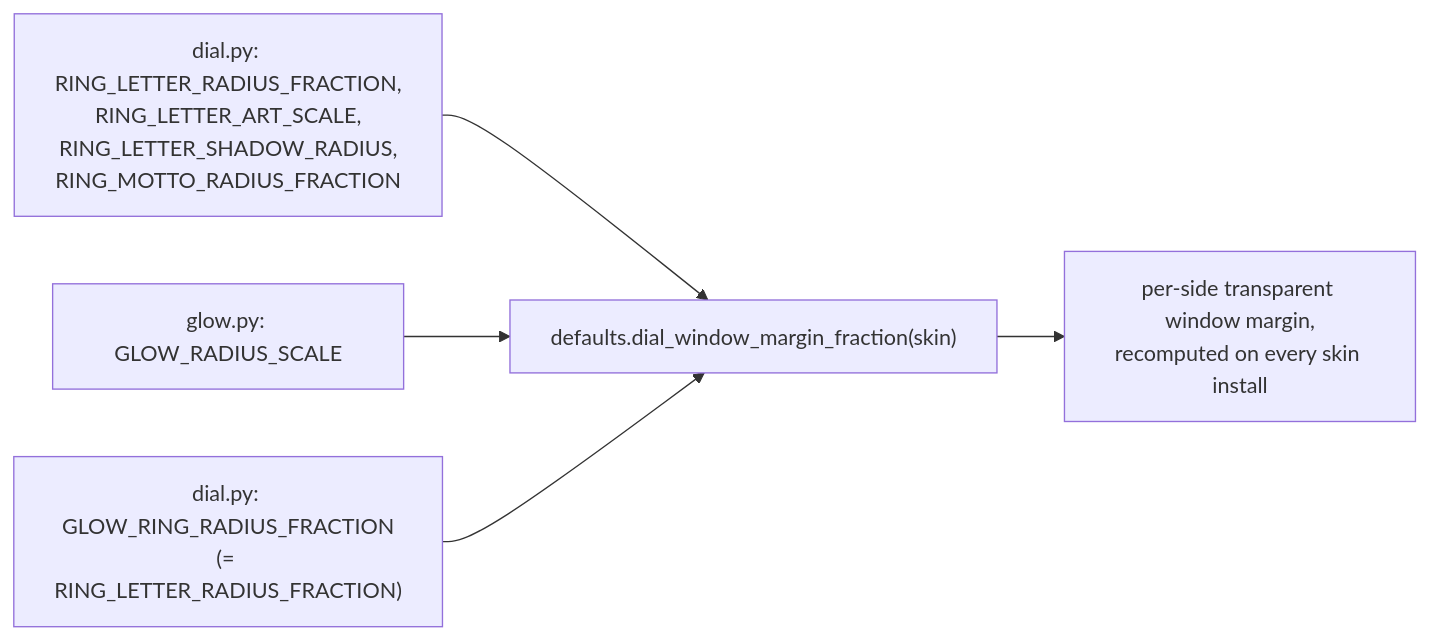
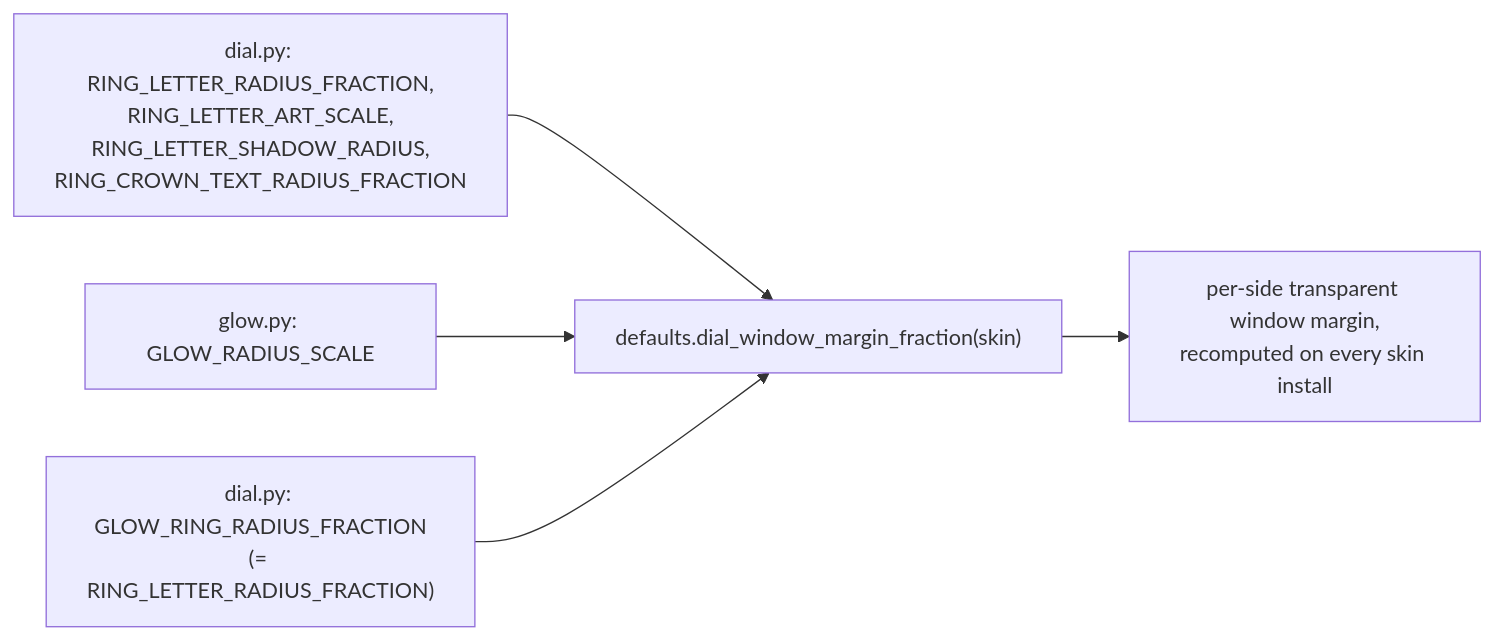
Before and after one commit to UVuruna/Watch-Academy: the diagram in config/__flow/dial.md, drawn with Mermaid. The commit also changed other lines of this file and 40 other files, not shown here.

````diff
--- a/config/__flow/dial.md
+++ b/config/__flow/dial.md
@@ -40,7 +40,7 @@
 ```mermaid
 flowchart LR
-    A[dial.py: RING_LETTER_RADIUS_FRACTION,\nRING_LETTER_ART_SCALE,\nRING_LETTER_SHADOW_RADIUS,\nRING_MOTTO_RADIUS_FRACTION] --> D["defaults.dial_window_margin_fraction(skin)"]
+    A[dial.py: RING_LETTER_RADIUS_FRACTION,\nRING_LETTER_ART_SCALE,\nRING_LETTER_SHADOW_RADIUS,\nRING_CROWN_TEXT_RADIUS_FRACTION] --> D["defaults.dial_window_margin_fraction(skin)"]
     B[glow.py: GLOW_RADIUS_SCALE] --> D
     C["dial.py: GLOW_RING_RADIUS_FRACTION\n(= RING_LETTER_RADIUS_FRACTION)"] --> D
     D --> E[per-side transparent window margin,\nrecomputed on every skin install]
 ```
````
